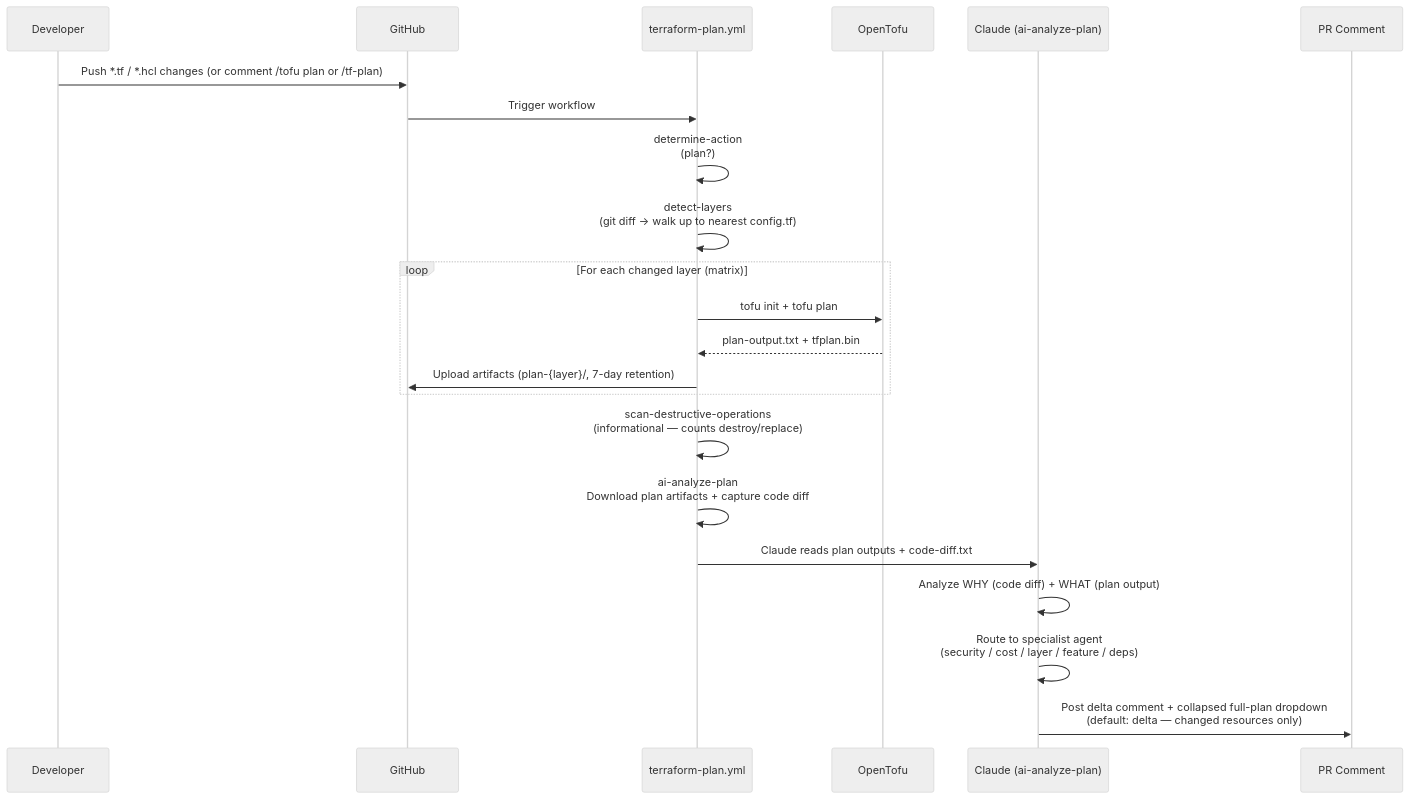
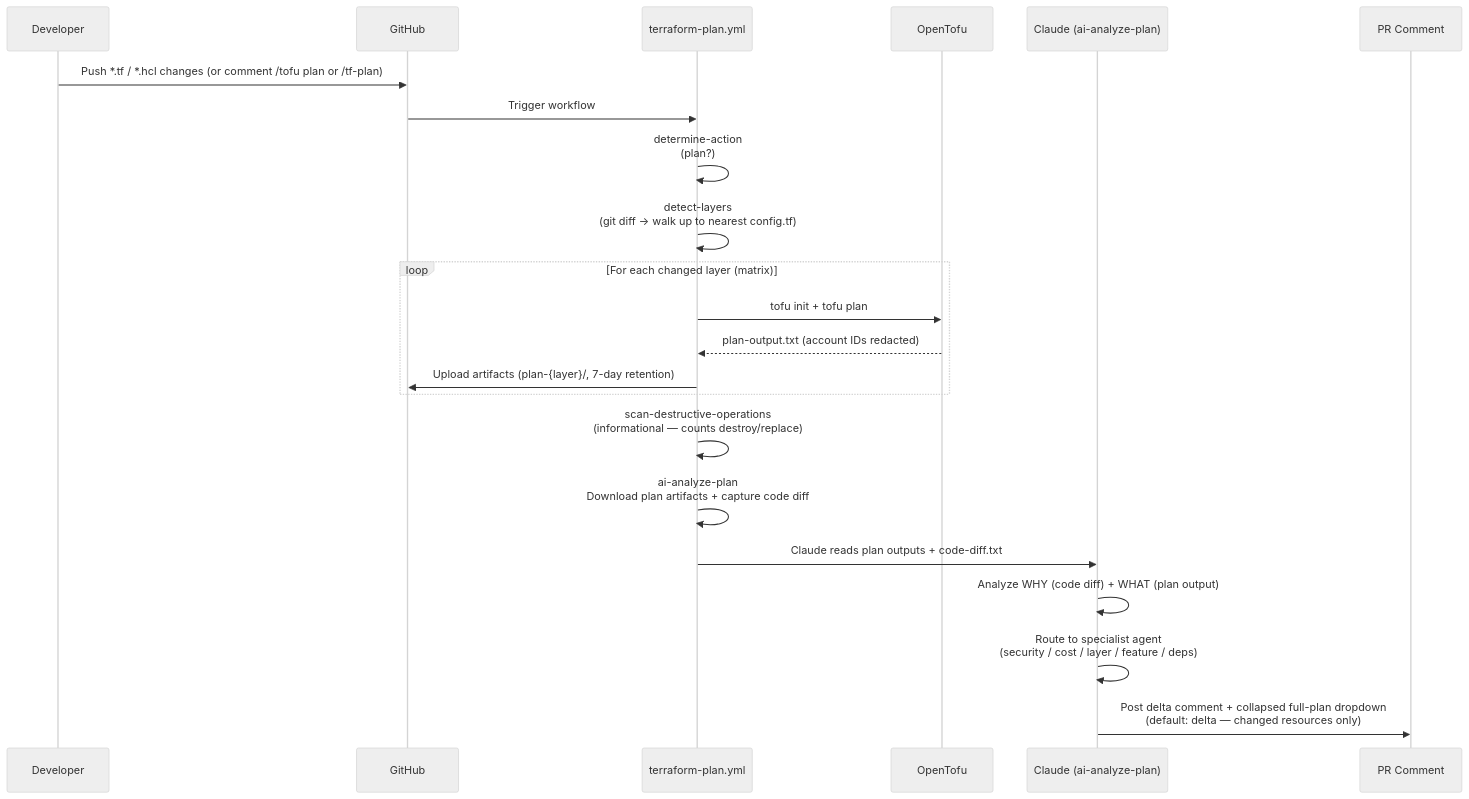
Before and after one commit to binbashar/le-tf-infra-aws: the diagram in .github/docs/claude-workflows.md, drawn with Mermaid (neutral theme). The commit also changed other lines of this file and 4 other files, not shown here.

First line of the commit message:
fix: redact plan output and tighten workflow permissions

````diff
--- a/.github/docs/claude-workflows.md
+++ b/.github/docs/claude-workflows.md
@@ -28,29 +28,29 @@
 ```mermaid
 sequenceDiagram
     participant Dev as Developer
     participant GH as GitHub
     participant WF as terraform-plan.yml
     participant Tofu as OpenTofu
     participant AI as Claude (ai-analyze-plan)
     participant PR as PR Comment
 
     Dev->>GH: Push *.tf / *.hcl changes (or comment /tofu plan or /tf-plan)
     GH->>WF: Trigger workflow
 
     WF->>WF: determine-action<br/>(plan?)
     WF->>WF: detect-layers<br/>(git diff → walk up to nearest config.tf)
 
     loop For each changed layer (matrix)
         WF->>Tofu: tofu init + tofu plan
-        Tofu-->>WF: plan-output.txt + tfplan.bin
+        Tofu-->>WF: plan-output.txt (account IDs redacted)
         WF->>GH: Upload artifacts (plan-{layer}/, 7-day retention)
     end
 
     WF->>WF: scan-destructive-operations<br/>(informational — counts destroy/replace)
     WF->>WF: ai-analyze-plan<br/>Download plan artifacts + capture code diff
 
     WF->>AI: Claude reads plan outputs + code-diff.txt
     AI->>AI: Analyze WHY (code diff) + WHAT (plan output)
     AI->>AI: Route to specialist agent<br/>(security / cost / layer / feature / deps)
     AI->>PR: Post delta comment + collapsed full-plan dropdown<br/>(default: delta — changed resources only)
 ```
````
